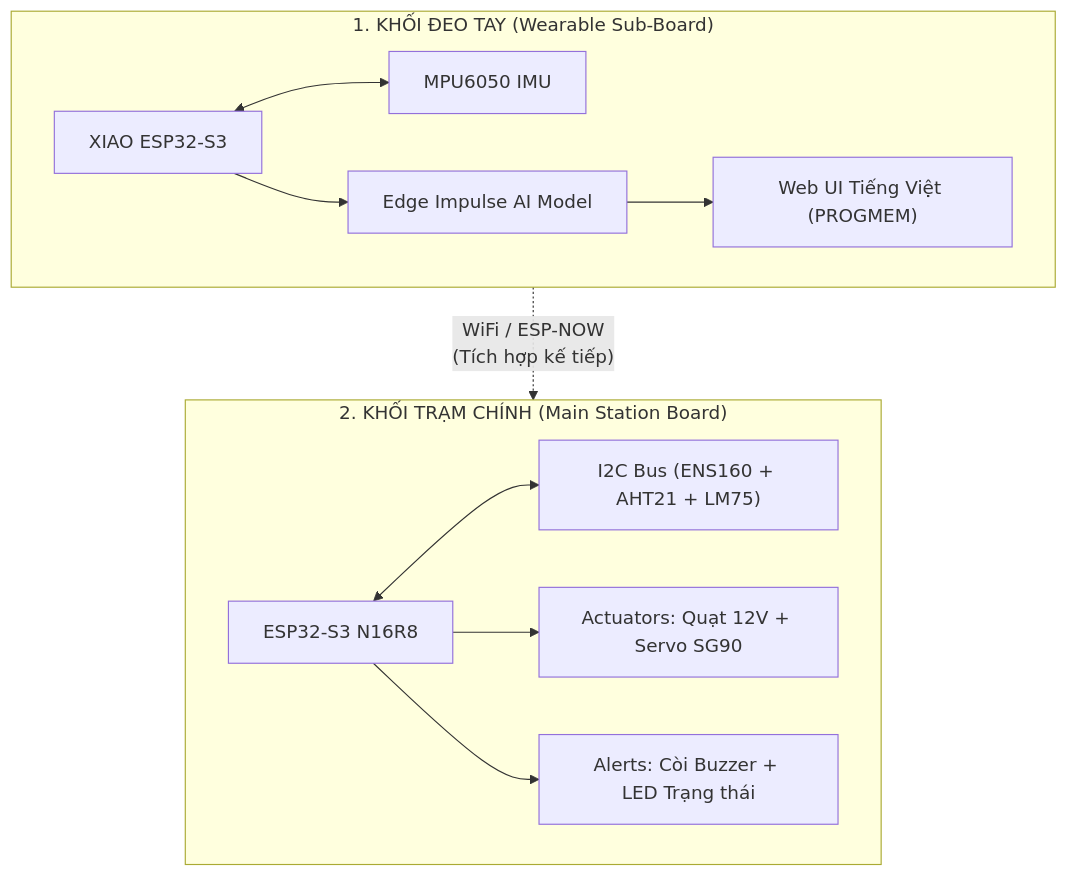
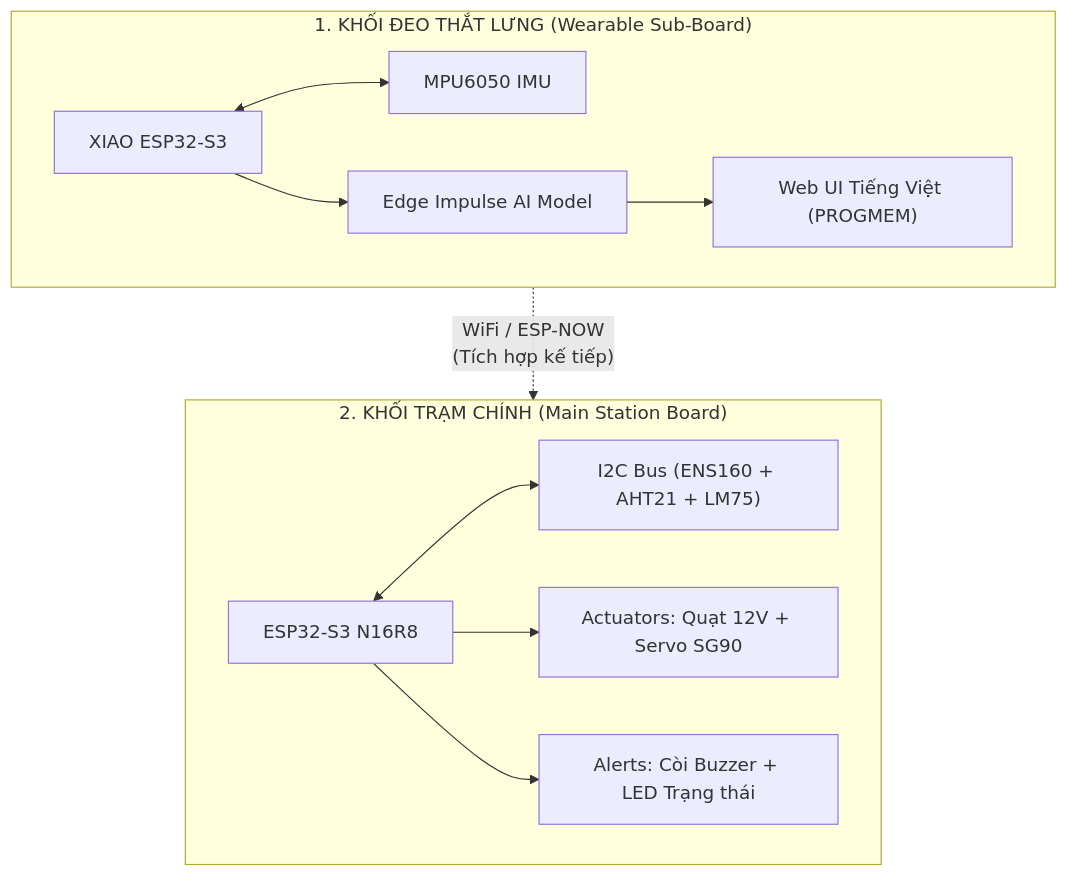
The first of 2 diagrams in README.md (DKiet33/MAIN_PROJECT_THAYKIEN_MPU6050_XIAO), drawn with Mermaid before and after one commit. The commit also changed other lines of this file and 6 other files, not shown here.

Commit message:
Update unified wearable fall-detection and main project docs, change to waist-worn wearable, integrate codeflows and flowcharts

````diff
--- a/README.md
+++ b/README.md
@@ -19,16 +19,16 @@
 ```mermaid
 flowchart TD
-    subgraph Wearable["1. KHỐI ĐEO TAY (Wearable Sub-Board)"]
+    subgraph Wearable["1. KHỐI ĐEO THẮT LƯNG (Wearable Sub-Board)"]
         A[XIAO ESP32-S3] <--> B[MPU6050 IMU]
         A --> C[Edge Impulse AI Model]
         C --> D["Web UI Tiếng Việt (PROGMEM)"]
     end
 
     subgraph Main["2. KHỐI TRẠM CHÍNH (Main Station Board)"]
         E[ESP32-S3 N16R8] <--> F["I2C Bus (ENS160 + AHT21 + LM75)"]
         E --> G[Actuators: Quạt 12V + Servo SG90]
         E --> H[Alerts: Còi Buzzer + LED Trạng thái]
     end
 
     Wearable -. "WiFi / ESP-NOW\n(Tích hợp kế tiếp)" .-> Main
 ```
````
